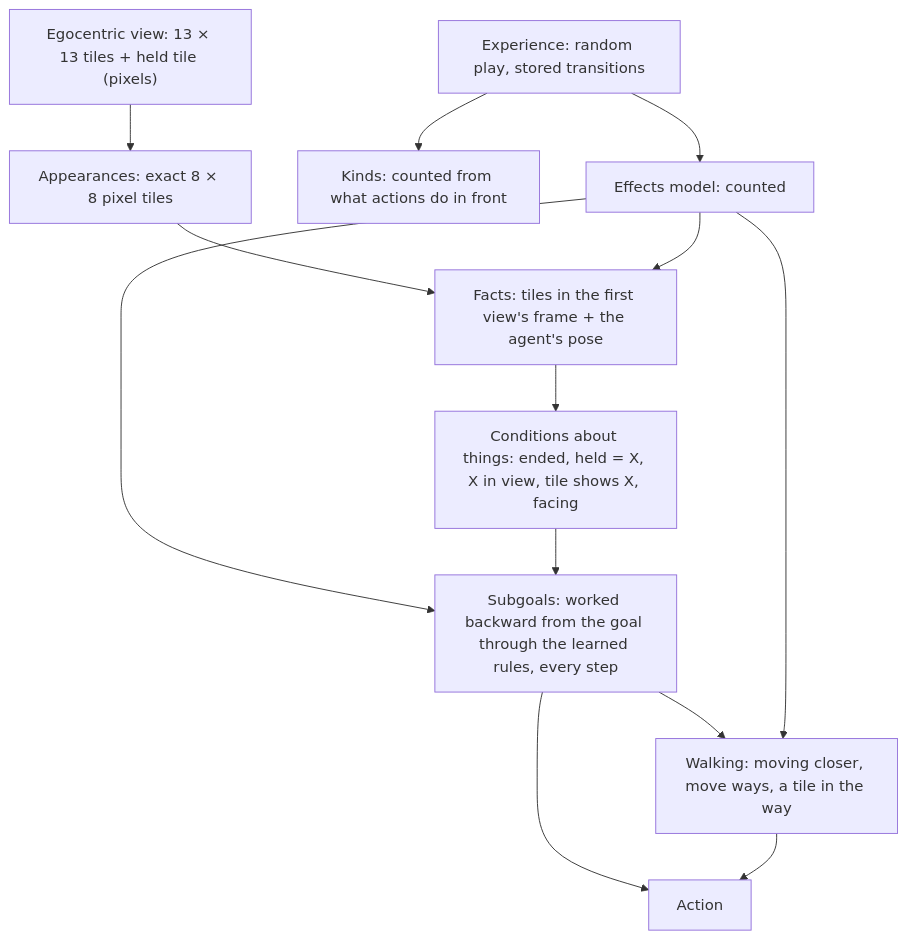
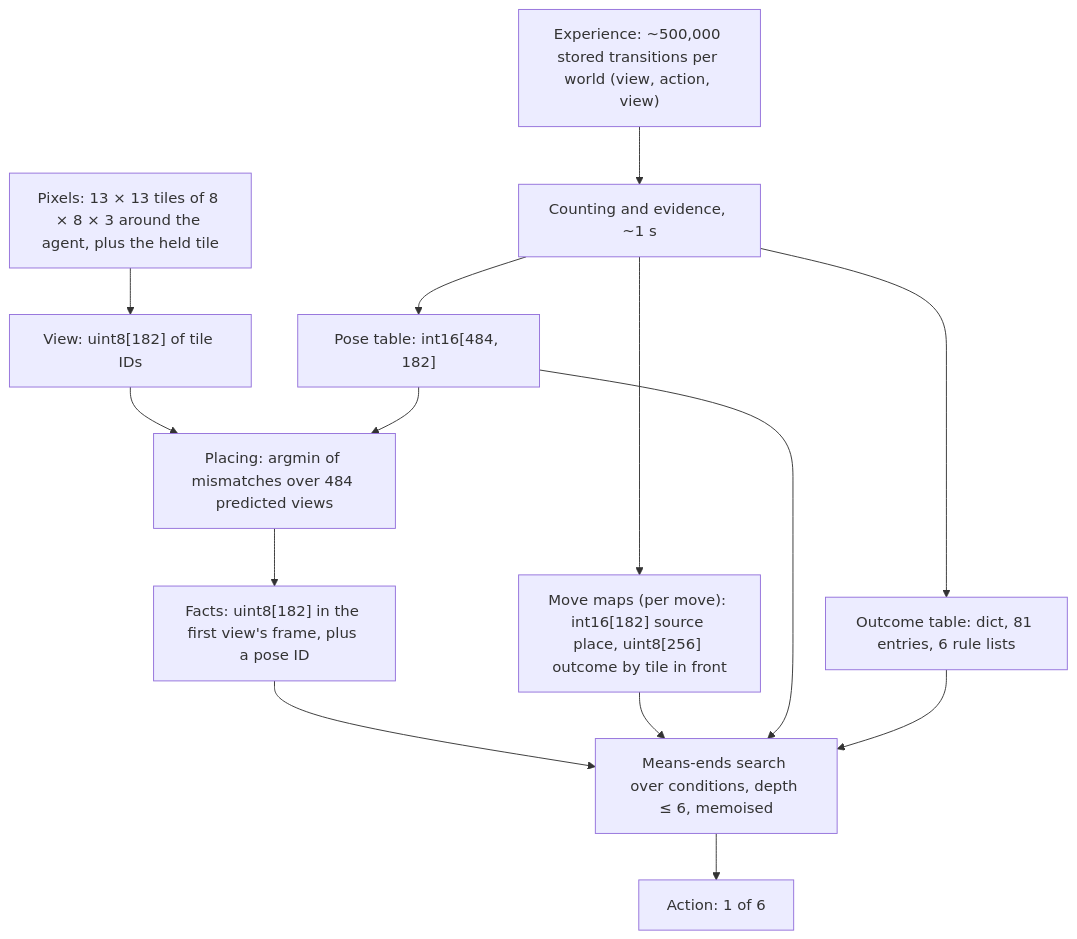
The diagram in ARCHITECTURE.md (alfredricker/world-model), drawn with Mermaid before and after one commit. The commit also changed other lines of this file and 2 other files, not shown here.

````diff
--- a/ARCHITECTURE.md
+++ b/ARCHITECTURE.md
@@ -32,15 +49,16 @@
 ```mermaid
 flowchart TD
-    O["Egocentric view: 13 × 13 tiles + held tile (pixels)"] --> A["Appearances: exact 8 × 8 pixel tiles"]
-    X["Experience: random play, stored transitions"] --> K["Kinds: counted from what actions do in front"]
-    X --> E["Effects model: counted"]
-    A --> F["Facts: tiles in the first view's frame + the agent's pose"]
-    E --> F
-    F --> C["Conditions about things: ended, held = X, X in view, tile shows X, facing"]
-    E --> S["Subgoals: worked backward from the goal through the learned rules, every step"]
-    C --> S
-    S --> W["Walking: moving closer, move ways, a tile in the way"]
-    E --> W
-    S --> M["Action"]
-    W --> M
+    P["Pixels: 13 × 13 tiles of 8 × 8 × 3 around the agent, plus the held tile"] --> V["View: uint8[182] of tile IDs"]
+    X["Experience: ~500,000 stored transitions per world (view, action, view)"] --> L["Counting and evidence, ~1 s"]
+    L --> MM["Move maps (per move): int16[182] source place, uint8[256] outcome by tile in front"]
+    L --> PT["Pose table: int16[484, 182]"]
+    L --> OT["Outcome table: dict, 81 entries, 6 rule lists"]
+    V --> O["Placing: argmin of mismatches over 484 predicted views"]
+    PT --> O
+    O --> FA["Facts: uint8[182] in the first view's frame, plus a pose ID"]
+    FA --> S["Means-ends search over conditions, depth ≤ 6, memoised"]
+    MM --> S
+    PT --> S
+    OT --> S
+    S --> A["Action: 1 of 6"]
 ```
````
